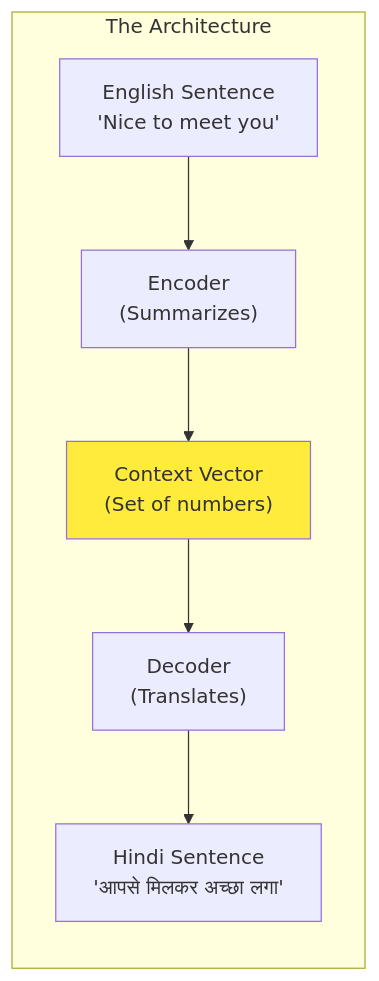
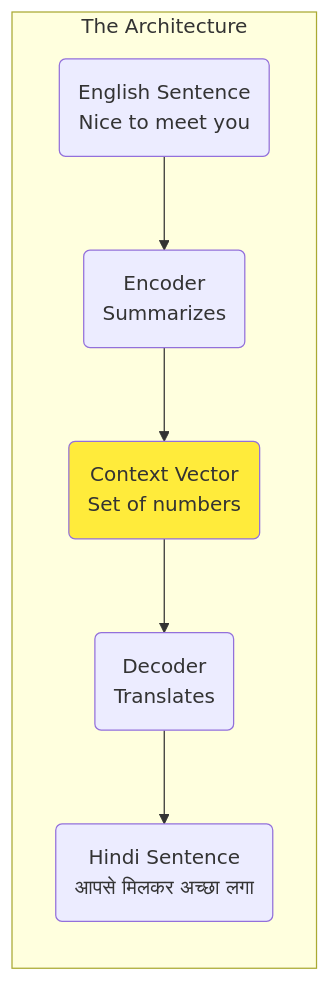
Before and after one commit to Sankhyesh/AI-Learning-Roadmap-2024: the fourth of 17 diagrams in CampusX/100-days-deep-learning/68-encoder-decoder-sequence-to-sequence-architecture.md, drawn with Mermaid. The commit also changed other lines of this file, not shown here.

Commit message:
feat: Enhance encoder-decoder architecture documentation with visualizations and detailed explanations of sequence-to-sequence challenges

````diff
--- a/CampusX/100-days-deep-learning/68-encoder-decoder-sequence-to-sequence-architecture.md
+++ b/CampusX/100-days-deep-learning/68-encoder-decoder-sequence-to-sequence-architecture.md
@@ -68,11 +145,11 @@
 ```mermaid
 graph LR
     subgraph "The Architecture"
-        A["English Sentence<br/>'Nice to meet you'"] --> B["Encoder<br/>(Summarizes)"]
-        B --> C["Context Vector<br/>(Set of numbers)"]
-        C --> D["Decoder<br/>(Translates)"]
-        D --> E["Hindi Sentence<br/>'आपसे मिलकर अच्छा लगा'"]
+        A("English Sentence<br/>Nice to meet you") --> B("Encoder<br/>Summarizes")
+        B --> C("Context Vector<br/>Set of numbers")
+        C --> D("Decoder<br/>Translates")
+        D --> E("Hindi Sentence<br/>आपसे मिलकर अच्छा लगा")
     end
     
     style C fill:#ffeb3b
 ```
````
